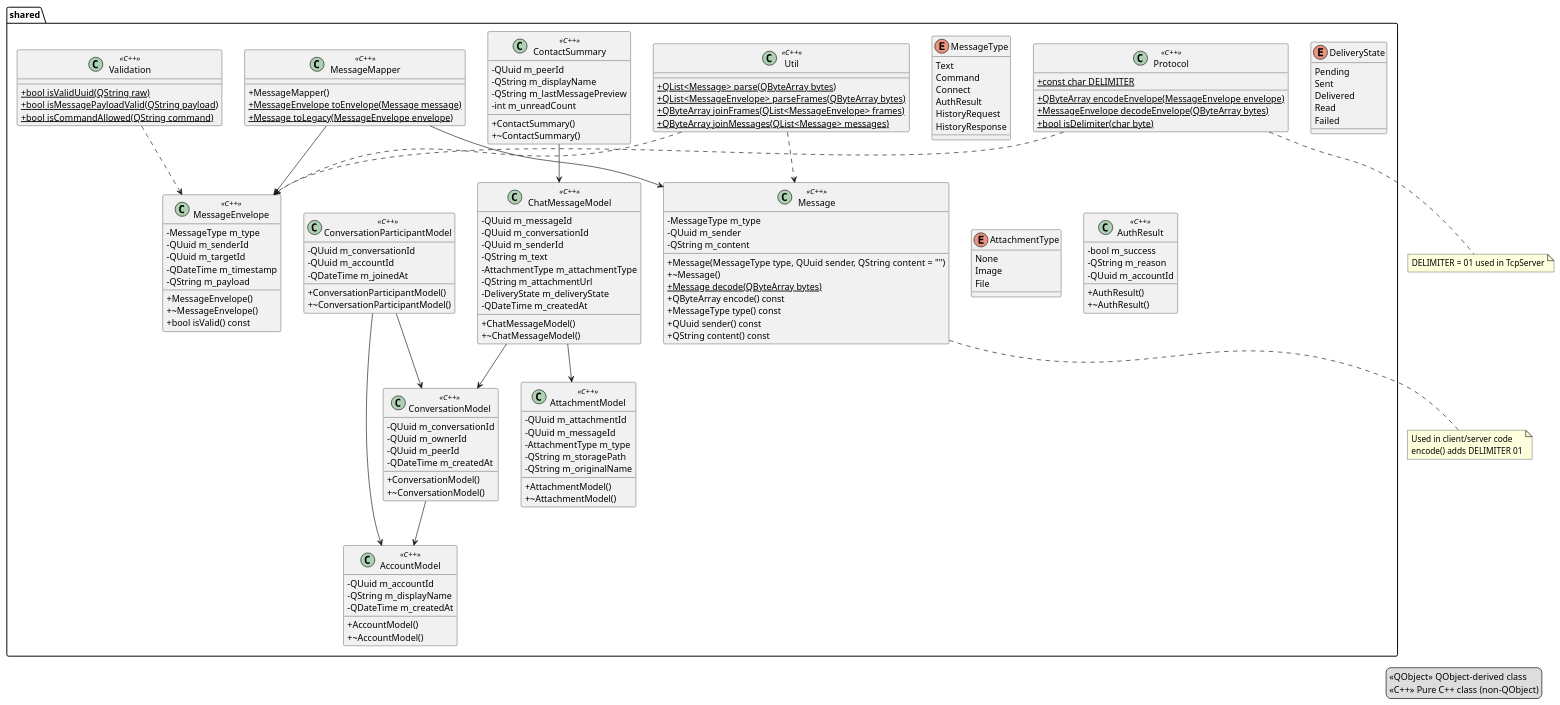
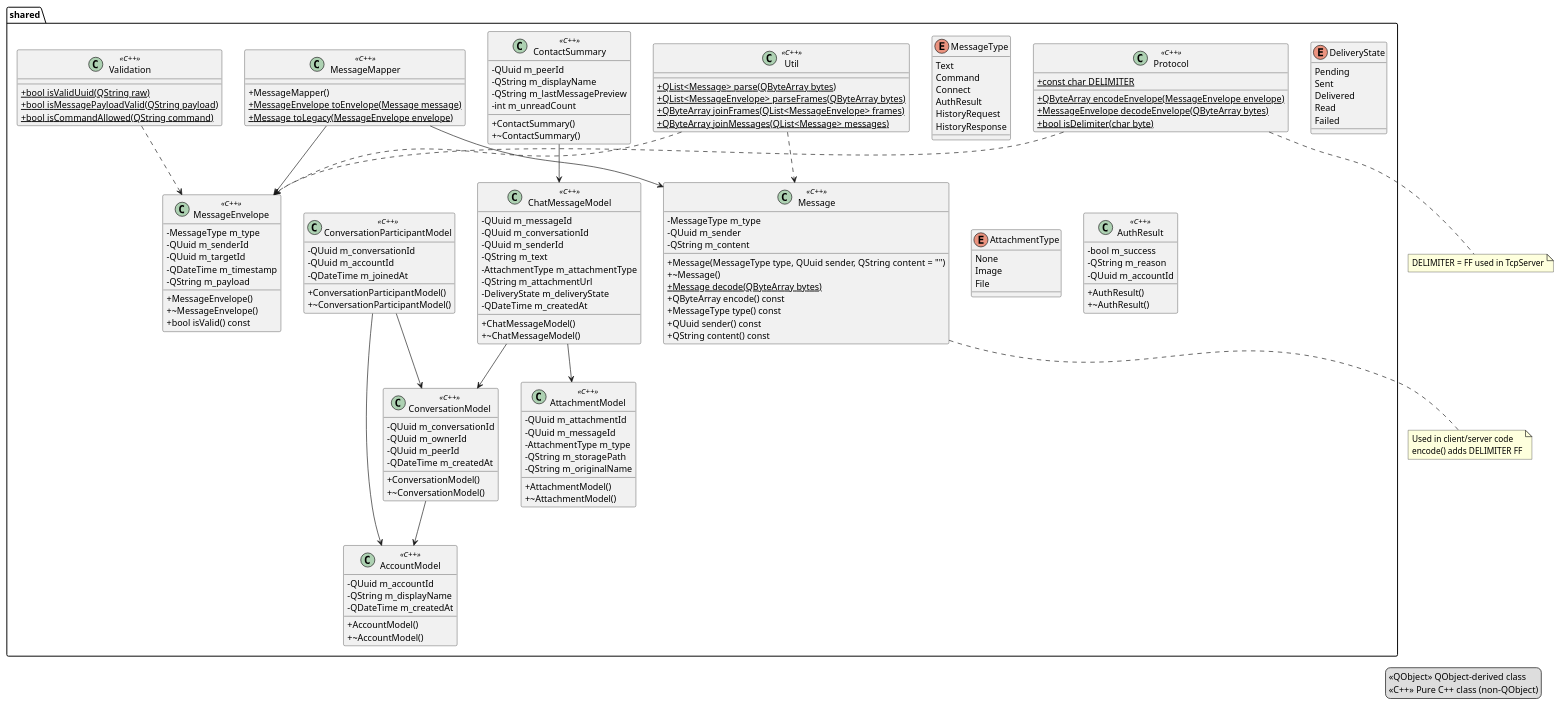
Before and after one commit to duckysmacky/qt-chat-app: the diagram in docs/architecture/shared.puml, drawn with PlantUML. The commit also changed 15 other files, not shown here.

```diff
--- a/docs/architecture/shared.puml
+++ b/docs/architecture/shared.puml
@@ -1,169 +1,169 @@
 @startuml SharedArchitecture
 skinparam classAttributeIconSize 0
 
 legend right
   <<QObject>> QObject-derived class
   <<C++>> Pure C++ class (non-QObject)
 endlegend
 
 package "shared" {
 
 enum MessageType {
   Text
   Command
   Connect
   AuthResult
   HistoryRequest
   HistoryResponse
 }
 
 enum DeliveryState {
   Pending
   Sent
   Delivered
   Read
   Failed
 }
 
 enum AttachmentType {
   None
   Image
   File
 }
 
 class Message <<C++>> {
   - MessageType m_type
   - QUuid m_sender
   - QString m_content
   + Message(MessageType type, QUuid sender, QString content = "")
   + ~Message()
   + {static} Message decode(QByteArray bytes)
   + QByteArray encode() const
   + MessageType type() const
   + QUuid sender() const
   + QString content() const
 }
 
 class MessageEnvelope <<C++>> {
   - MessageType m_type
   - QUuid m_senderId
   - QUuid m_targetId
   - QDateTime m_timestamp
   - QString m_payload
   + MessageEnvelope()
   + ~MessageEnvelope()
   + bool isValid() const
 }
 
 class AccountModel <<C++>> {
   - QUuid m_accountId
   - QString m_displayName
   - QDateTime m_createdAt
   + AccountModel()
   + ~AccountModel()
 }
 
 class ConversationModel <<C++>> {
   - QUuid m_conversationId
   - QUuid m_ownerId
   - QUuid m_peerId
   - QDateTime m_createdAt
   + ConversationModel()
   + ~ConversationModel()
 }
 
 class ChatMessageModel <<C++>> {
   - QUuid m_messageId
   - QUuid m_conversationId
   - QUuid m_senderId
   - QString m_text
   - AttachmentType m_attachmentType
   - QString m_attachmentUrl
   - DeliveryState m_deliveryState
   - QDateTime m_createdAt
   + ChatMessageModel()
   + ~ChatMessageModel()
 }
 
 class ContactSummary <<C++>> {
   - QUuid m_peerId
   - QString m_displayName
   - QString m_lastMessagePreview
   - int m_unreadCount
   + ContactSummary()
   + ~ContactSummary()
 }
 
 class AuthResult <<C++>> {
   - bool m_success
   - QString m_reason
   - QUuid m_accountId
   + AuthResult()
   + ~AuthResult()
 }
 
 class ConversationParticipantModel <<C++>> {
   - QUuid m_conversationId
   - QUuid m_accountId
   - QDateTime m_joinedAt
   + ConversationParticipantModel()
   + ~ConversationParticipantModel()
 }
 
 class AttachmentModel <<C++>> {
   - QUuid m_attachmentId
   - QUuid m_messageId
   - AttachmentType m_type
   - QString m_storagePath
   - QString m_originalName
   + AttachmentModel()
   + ~AttachmentModel()
 }
 
 class MessageMapper <<C++>> {
   + MessageMapper()
   + {static} MessageEnvelope toEnvelope(Message message)
   + {static} Message toLegacy(MessageEnvelope envelope)
 }
 
 class Util <<C++>> {
   + {static} QList<Message> parse(QByteArray bytes)
   + {static} QList<MessageEnvelope> parseFrames(QByteArray bytes)
   + {static} QByteArray joinFrames(QList<MessageEnvelope> frames)
   + {static} QByteArray joinMessages(QList<Message> messages)
 }
 
 class Protocol <<C++>> {
   + {static} QByteArray encodeEnvelope(MessageEnvelope envelope)
   + {static} MessageEnvelope decodeEnvelope(QByteArray bytes)
   + {static} bool isDelimiter(char byte)
   + {static} const char DELIMITER
 }
 
 class Validation <<C++>> {
   + {static} bool isValidUuid(QString raw)
   + {static} bool isMessagePayloadValid(QString payload)
   + {static} bool isCommandAllowed(QString command)
 }
 
 }
 
 MessageMapper --> Message
 MessageMapper --> MessageEnvelope
 
 ConversationModel --> AccountModel
 ConversationParticipantModel --> ConversationModel
 ConversationParticipantModel --> AccountModel
 ChatMessageModel --> ConversationModel
 ChatMessageModel --> AttachmentModel
 ContactSummary --> ChatMessageModel
 
 Util ..> Message
 Util ..> MessageEnvelope
 Protocol ..> MessageEnvelope
 Validation ..> MessageEnvelope
 
-note bottom of Message : Used in client/server code\nencode() adds DELIMITER \x01
-note bottom of Protocol : DELIMITER = \x01 used in TcpServer
+note bottom of Message : Used in client/server code\nencode() adds DELIMITER \xFF
+note bottom of Protocol : DELIMITER = \xFF used in TcpServer
 
 @enduml
```
